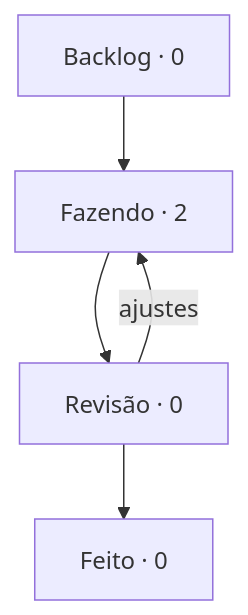
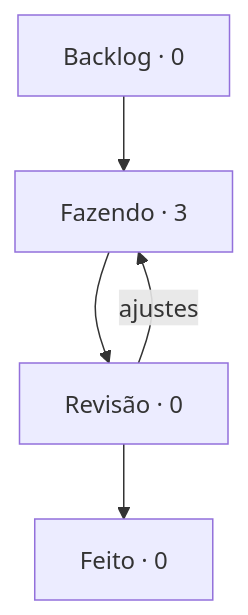
One commit to StudioVibi/VibiKanban changed the diagram in boards/harness/BOARD.md. Above: the diagram before and after it, drawn with Mermaid. The commit also changed other lines of this file and 2 other files, not shown here.

````diff
--- a/boards/harness/BOARD.md
+++ b/boards/harness/BOARD.md
@@ -5,10 +5,10 @@
 ```mermaid
 flowchart TD
-  backlog["Backlog · 0"] --> doing["Fazendo · 2"]
+  backlog["Backlog · 0"] --> doing["Fazendo · 3"]
   doing --> review["Revisão · 0"]
   review --> done["Feito · 0"]
   review -->|ajustes| doing
   doing:::blue
   review:::yellow
   done:::green
 ```
````
